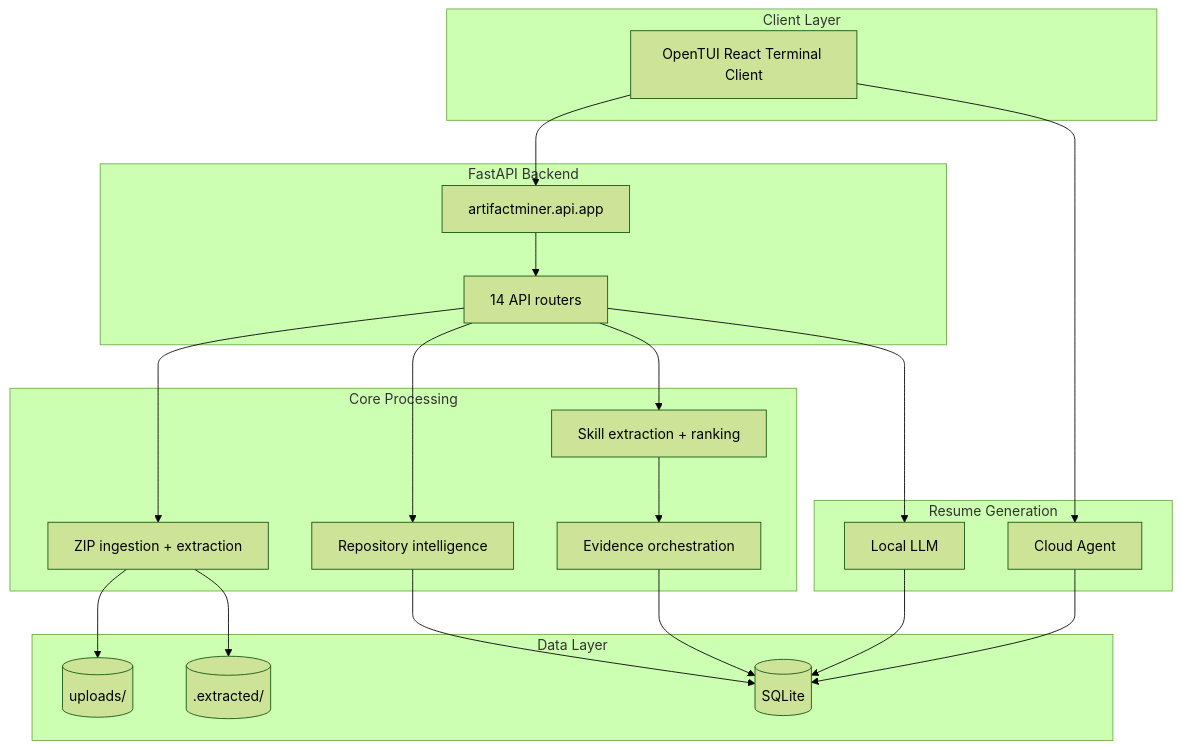
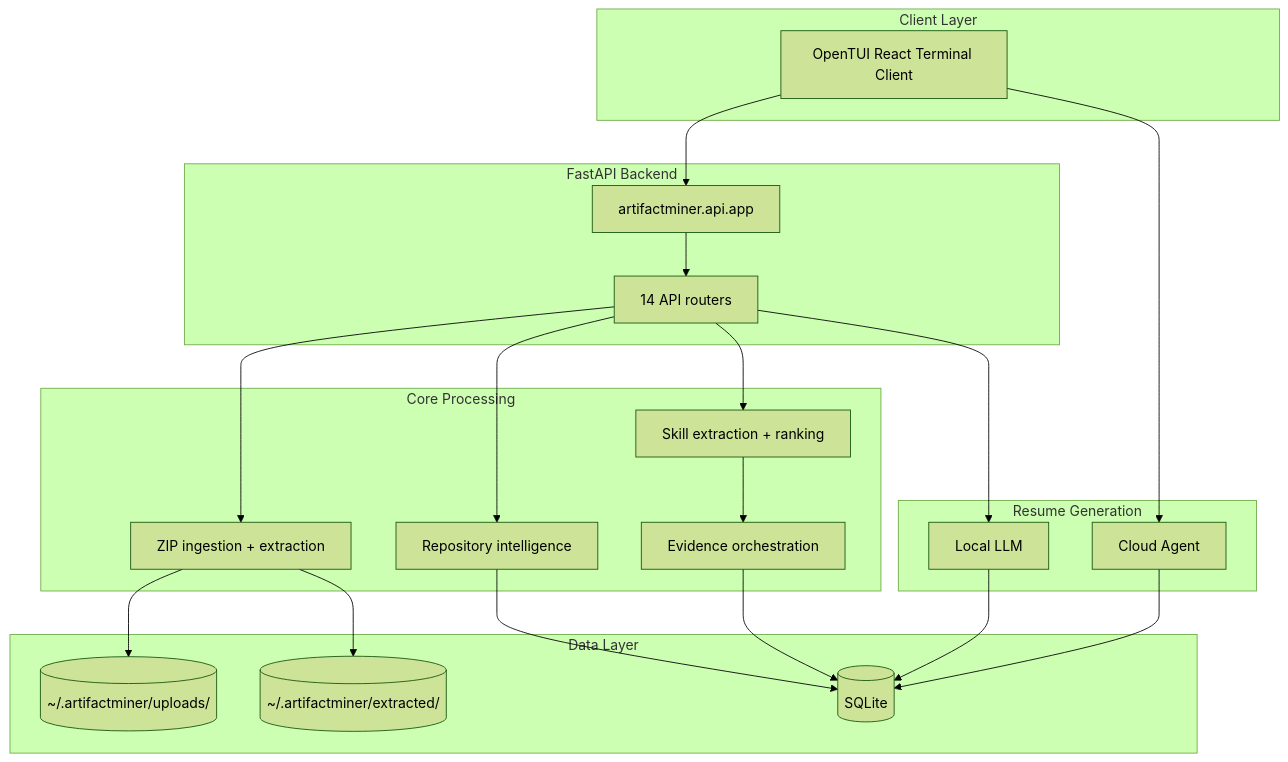
One commit to COSC-499-W2025/capstone-project-team-1 changed the first of 2 diagrams in README.md. Above: the diagram before and after it, drawn with Mermaid (forest theme). The commit also changed other lines of this file and 26 other files, not shown here.

Commit message:
harden professor setup flow

````diff
--- a/README.md
+++ b/README.md
@@ -16,49 +16,49 @@
 ```mermaid
 flowchart TB
     subgraph Client["Client Layer"]
         React["OpenTUI React Terminal Client"]
     end
 
     subgraph API["FastAPI Backend"]
         Gateway["artifactminer.api.app"]
         Routers["14 API routers"]
     end
 
     subgraph Core["Core Processing"]
         Ingest["ZIP ingestion + extraction"]
         RepoIntel["Repository intelligence"]
         Skills["Skill extraction + ranking"]
         Evidence["Evidence orchestration"]
     end
 
     subgraph Generation["Resume Generation"]
         LocalLLM["Local LLM"]
         CloudAgent["Cloud Agent"]
     end
 
     subgraph Data["Data Layer"]
         SQLite[("SQLite")]
-        Uploads[("uploads/")]
-        Extracted[(".extracted/")]
+        Uploads[("~/.artifactminer/uploads/")]
+        Extracted[("~/.artifactminer/extracted/")]
     end
 
     React --> Gateway
     Gateway --> Routers
 
     Routers --> Ingest
     Ingest --> Uploads
     Ingest --> Extracted
 
     Routers --> RepoIntel
     Routers --> Skills
     Skills --> Evidence
 
     RepoIntel --> SQLite
     Evidence --> SQLite
 
     Routers --> LocalLLM
     React --> CloudAgent
 
     LocalLLM --> SQLite
     CloudAgent --> SQLite
 ```
````
